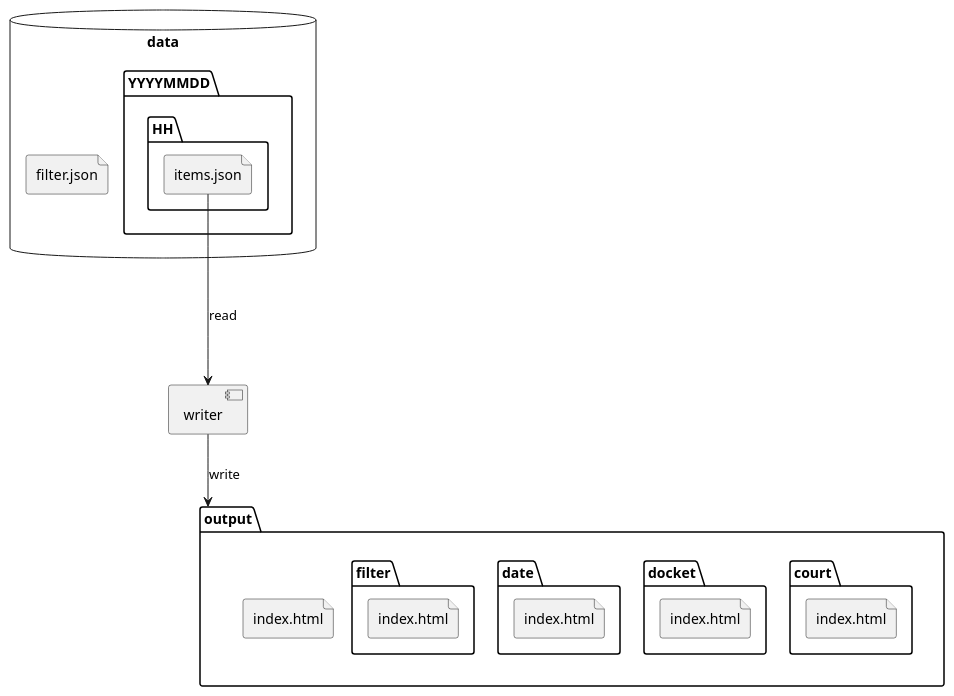
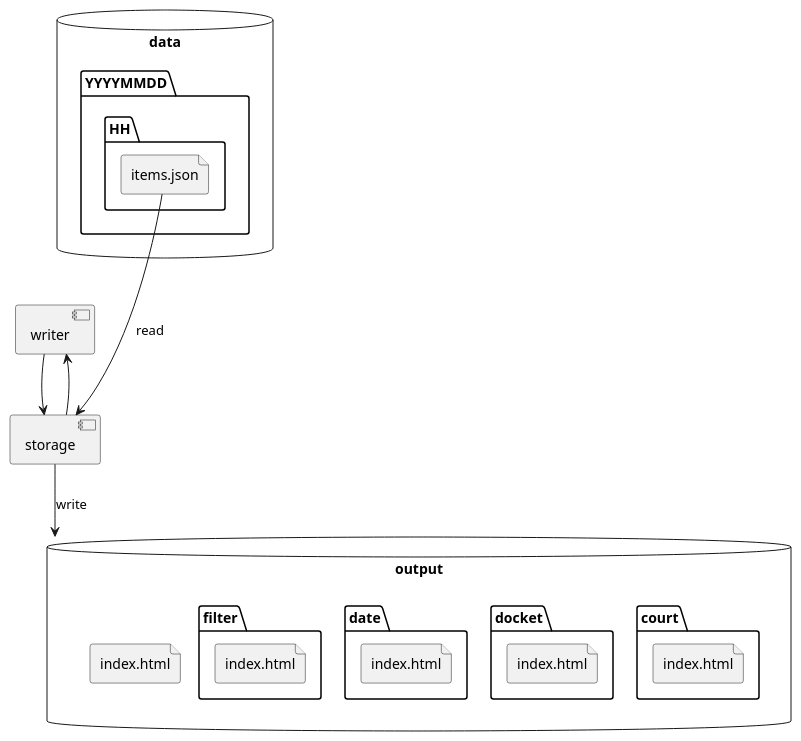
Before and after one commit to slott56/FeederReader: the eighth of 12 diagrams in docs/components.rst, drawn with PlantUML. The commit also changed other lines of this file and 57 other files, not shown here.

```diff
--- a/docs/components.rst
+++ b/docs/components.rst
@@ -263,35 +287,37 @@
 ..  plantuml::
 
     @startuml
 
     component writer
+    component storage
 
     database data {
         folder YYYYMMDD {
             folder HH {
                 file items.json
             }
         }
-        file filter.json
     }
 
-    folder output {
+    database output {
         folder court {
             file ci as "index.html"
         }
         folder docket {
             file di as "index.html"
         }
         folder date {
             file dti as "index.html"
         }
         folder filter {
             file fi as "index.html"
         }
         file index.html
     }
 
-    items.json ---> writer : "read"
-    writer --> output : "write"
+    items.json ---> storage  : "read"
+    storage --> writer
+    writer --> storage
+    storage --> output : "write"
 
     @enduml
```
